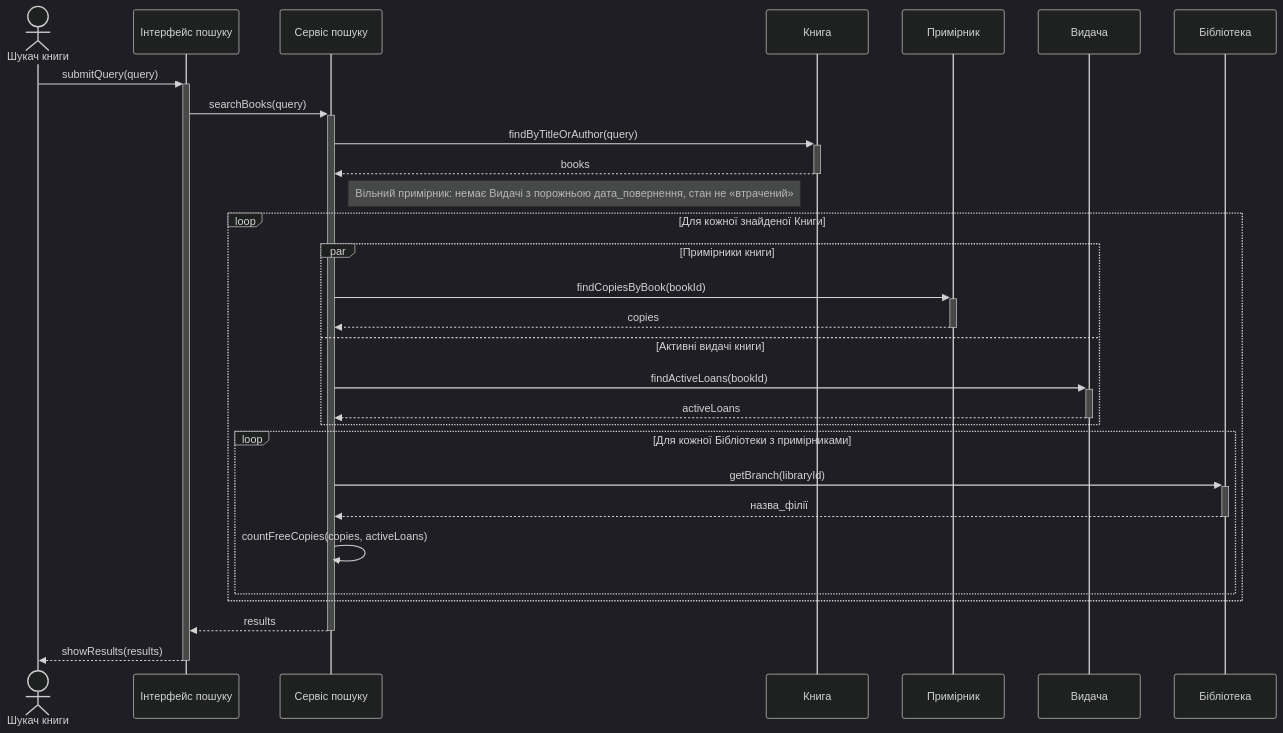
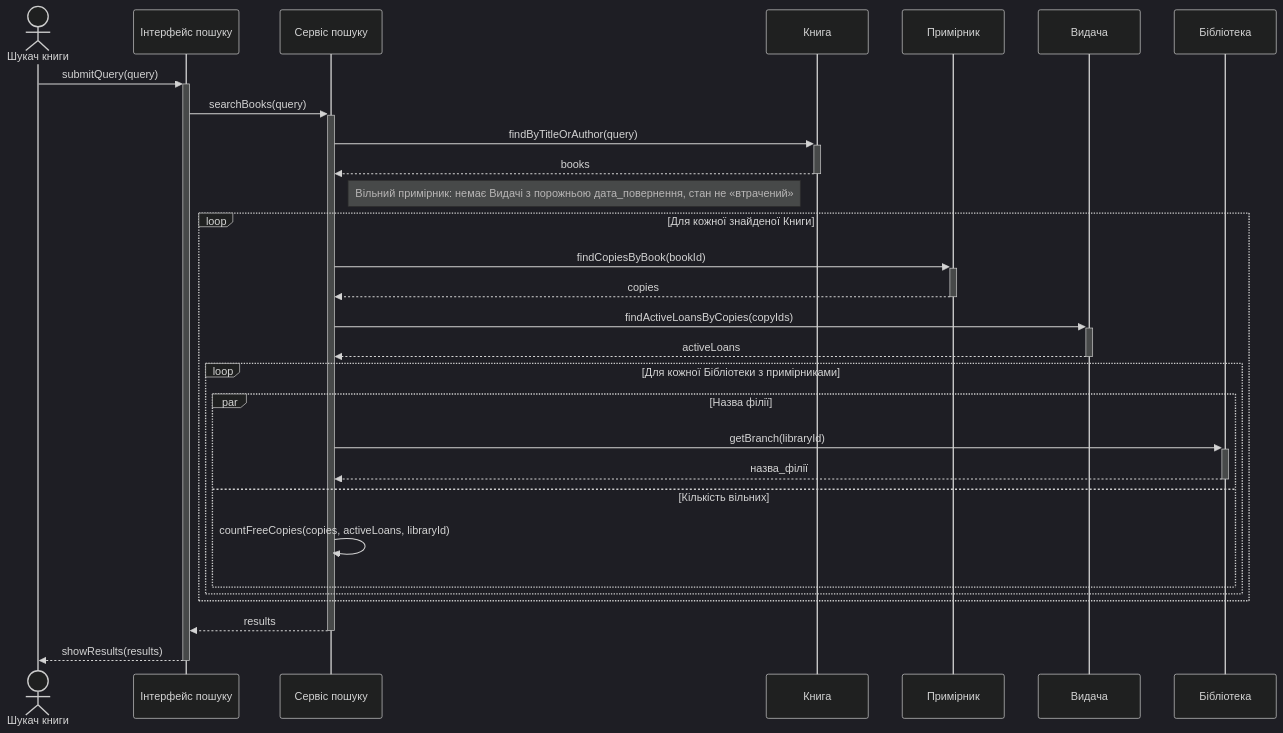
Before and after one commit to QkiS-00/se-requirements: the diagram in lab3/docs/seq-s1.md, drawn with Mermaid (dark theme). The commit also changed other lines of this file and 1 other file, not shown here.

Commit message:
Виправив S1 і S2: активні видачі шукаємо за примірниками, par лише для незалежних кроків

````diff
--- a/lab3/docs/seq-s1.md
+++ b/lab3/docs/seq-s1.md
@@ -3,32 +3,32 @@
 ```mermaid
 sequenceDiagram
     actor U as Шукач книги
     participant UI as Інтерфейс пошуку
     participant SS as Сервіс пошуку
     participant K as Книга
     participant P as Примірник
     participant V as Видача
     participant B as Бібліотека
 
     U->>+UI: submitQuery(query)
     UI->>+SS: searchBooks(query)
     SS->>+K: findByTitleOrAuthor(query)
     K-->>-SS: books
     Note right of SS: Вільний примірник: немає Видачі з порожньою дата_повернення, стан не «втрачений»
     loop Для кожної знайденої Книги
-        par Примірники книги
-            SS->>+P: findCopiesByBook(bookId)
-            P-->>-SS: copies
-        and Активні видачі книги
-            SS->>+V: findActiveLoans(bookId)
-            V-->>-SS: activeLoans
-        end
+        SS->>+P: findCopiesByBook(bookId)
+        P-->>-SS: copies
+        SS->>+V: findActiveLoansByCopies(copyIds)
+        V-->>-SS: activeLoans
         loop Для кожної Бібліотеки з примірниками
-            SS->>+B: getBranch(libraryId)
-            B-->>-SS: назва_філії
-            SS->>SS: countFreeCopies(copies, activeLoans)
+            par Назва філії
+                SS->>+B: getBranch(libraryId)
+                B-->>-SS: назва_філії
+            and Кількість вільних
+                SS->>SS: countFreeCopies(copies, activeLoans, libraryId)
+            end
         end
     end
     SS-->>-UI: results
     UI-->>-U: showResults(results)
 ```
````
